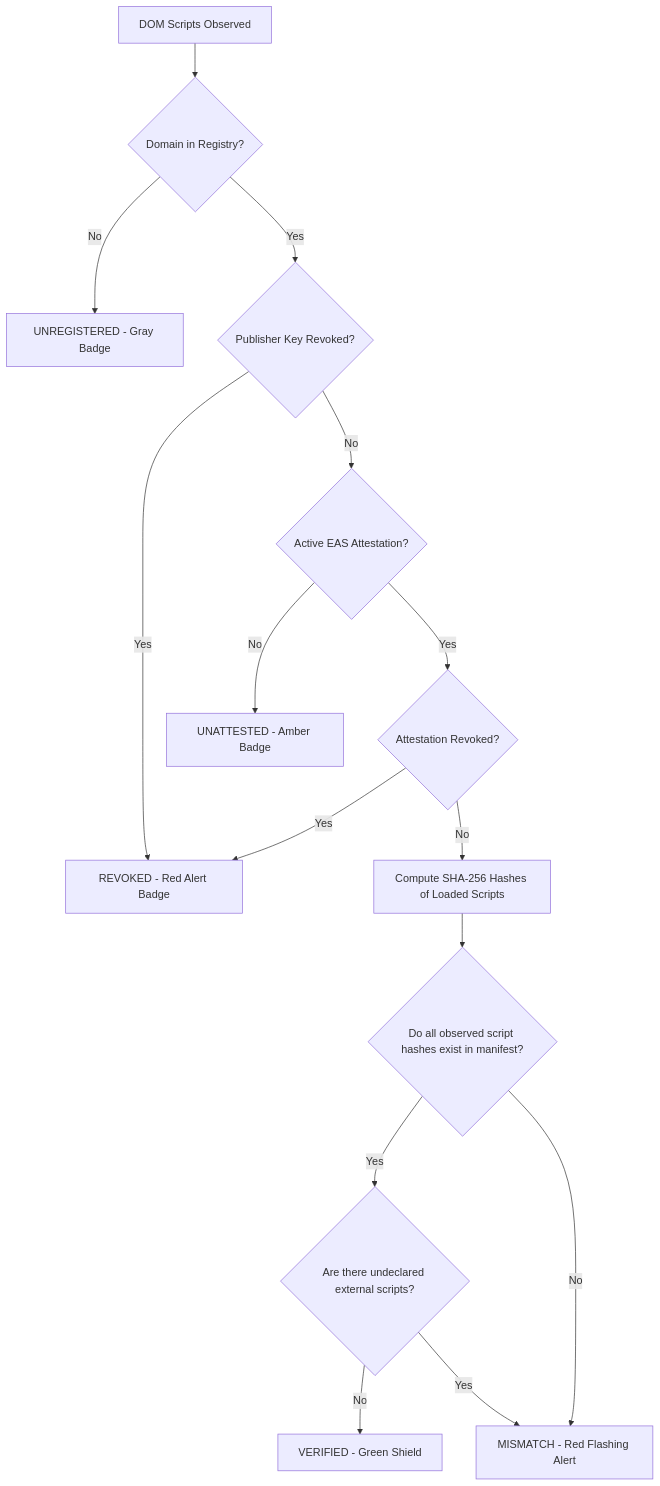
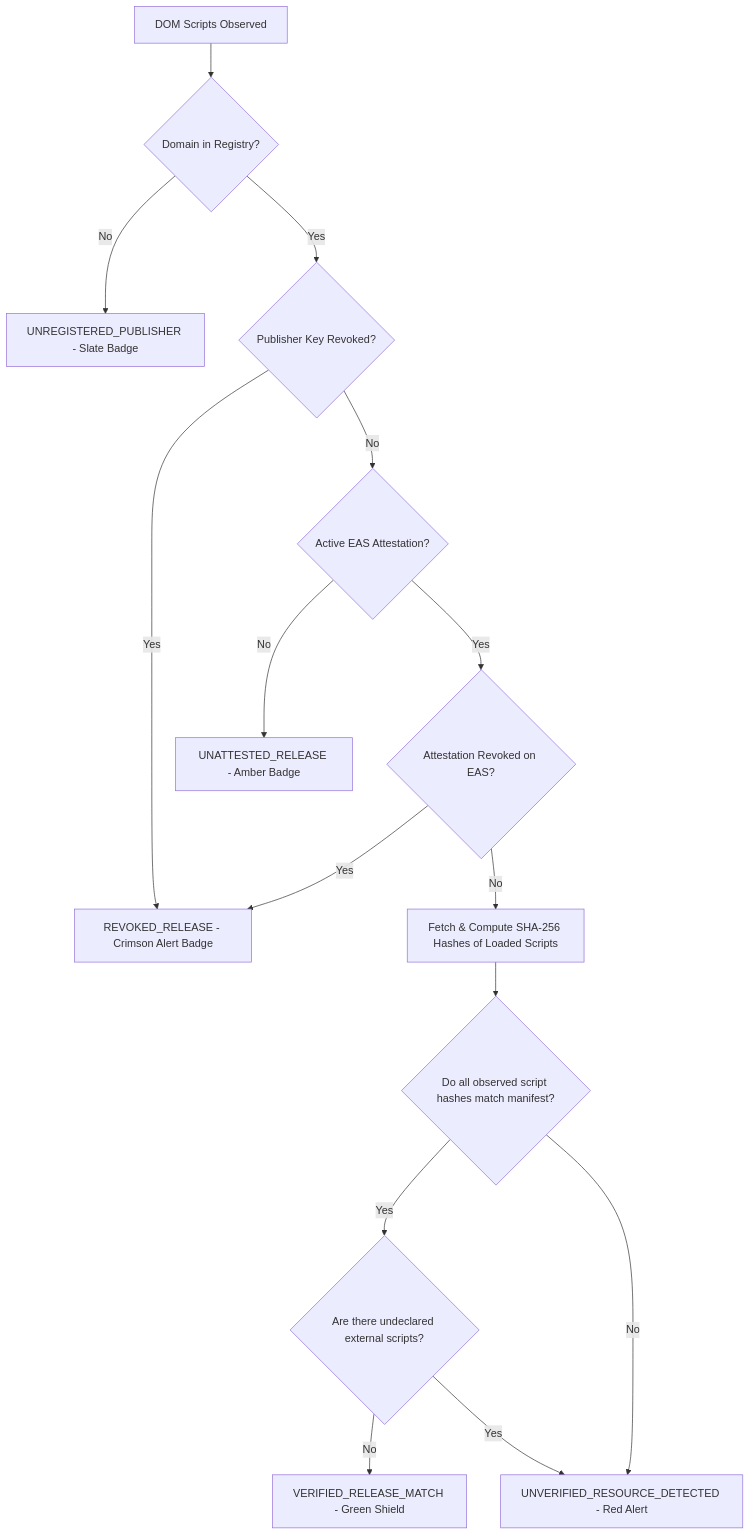
Before and after one commit to MustafaPinjari/LUCENTRA: the diagram in docs/04-protocol/VERIFICATION_STATES.md, drawn with Mermaid. The commit also changed other lines of this file and 181 other files, not shown here.

````diff
--- a/docs/04-protocol/VERIFICATION_STATES.md
+++ b/docs/04-protocol/VERIFICATION_STATES.md
@@ -31,20 +38,20 @@
 ```mermaid
 flowchart TD
     Start[DOM Scripts Observed] --> QueryDomain{Domain in Registry?}
-    QueryDomain -- No --> StateUnregistered[UNREGISTERED - Gray Badge]
+    QueryDomain -- No --> StateUnregistered[UNREGISTERED_PUBLISHER - Slate Badge]
     QueryDomain -- Yes --> CheckRevoked{Publisher Key Revoked?}
     
-    CheckRevoked -- Yes --> StateRevoked[REVOKED - Red Alert Badge]
+    CheckRevoked -- Yes --> StateRevoked[REVOKED_RELEASE - Crimson Alert Badge]
     CheckRevoked -- No --> CheckAttestation{Active EAS Attestation?}
     
-    CheckAttestation -- No --> StateUnattested[UNATTESTED - Amber Badge]
-    CheckAttestation -- Yes --> CheckEASRevoked{Attestation Revoked?}
+    CheckAttestation -- No --> StateUnattested[UNATTESTED_RELEASE - Amber Badge]
+    CheckAttestation -- Yes --> CheckEASRevoked{Attestation Revoked on EAS?}
     CheckEASRevoked -- Yes --> StateRevoked
-    CheckEASRevoked -- No --> ComputeHashes[Compute SHA-256 Hashes of Loaded Scripts]
+    CheckEASRevoked -- No --> ComputeHashes[Fetch & Compute SHA-256 Hashes of Loaded Scripts]
     
-    ComputeHashes --> CompareLoop{Do all observed script hashes exist in manifest?}
+    ComputeHashes --> CompareLoop{Do all observed script hashes match manifest?}
     CompareLoop -- Yes --> CheckExtra{Are there undeclared external scripts?}
-    CheckExtra -- No --> StateVerified[VERIFIED - Green Shield]
-    CheckExtra -- Yes --> StateMismatch[MISMATCH - Red Flashing Alert]
+    CheckExtra -- No --> StateVerified[VERIFIED_RELEASE_MATCH - Green Shield]
+    CheckExtra -- Yes --> StateMismatch[UNVERIFIED_RESOURCE_DETECTED - Red Alert]
     CompareLoop -- No --> StateMismatch
 ```
````
